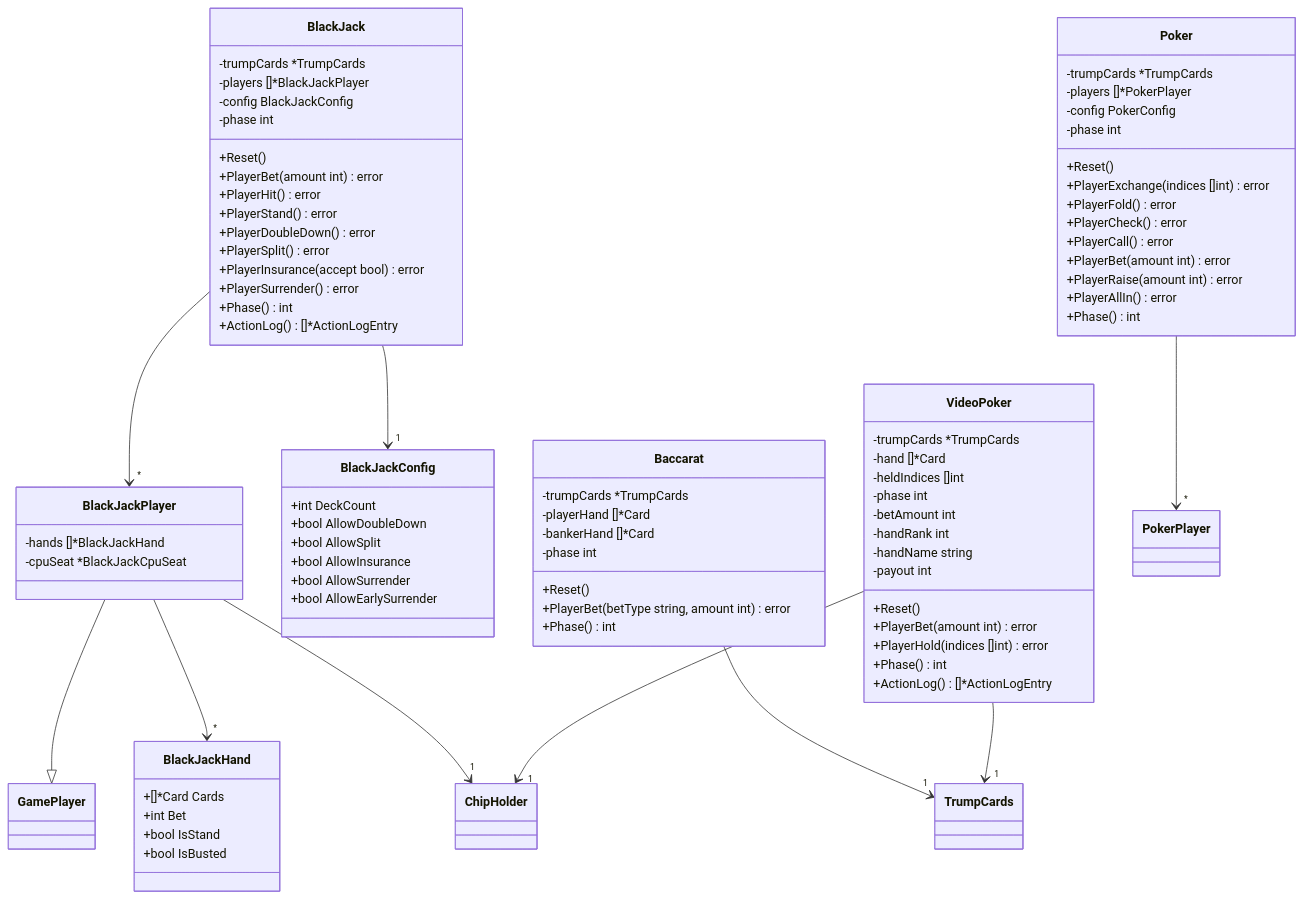
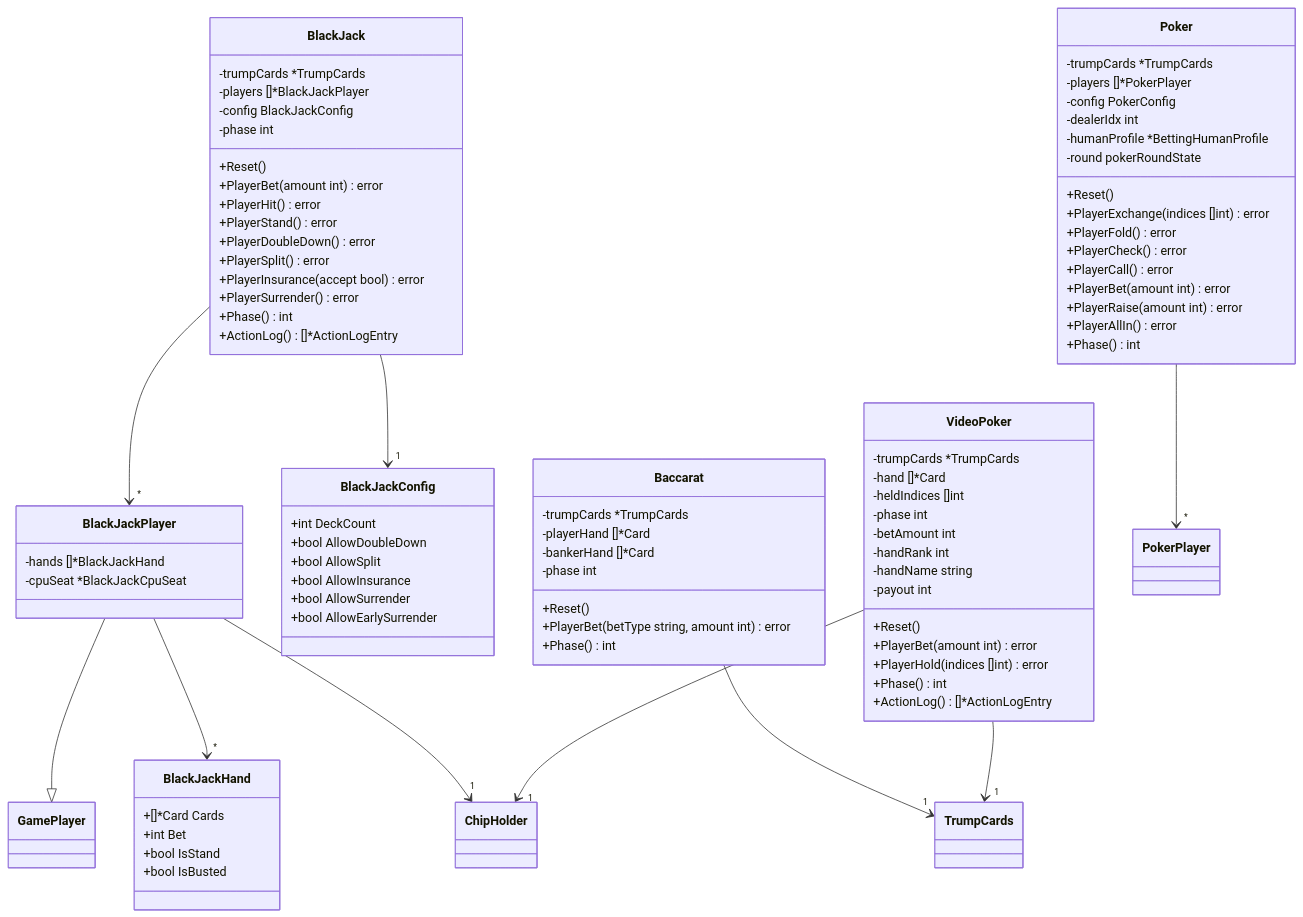
Before and after one commit to yuta-yoshinaga/go_trumpcards: the second of 32 diagrams in docs/design/backend.md, drawn with Mermaid. The commit also changed other lines of this file and 42 other files, not shown here.

```diff
--- a/docs/design/backend.md
+++ b/docs/design/backend.md
@@ -149,7 +149,9 @@
         -trumpCards *TrumpCards
         -players []*PokerPlayer
         -config PokerConfig
-        -phase int
+        -dealerIdx int
+        -humanProfile *BettingHumanProfile
+        -round pokerRoundState
         +Reset()
         +PlayerExchange(indices []int) error
         +PlayerFold() error
```
